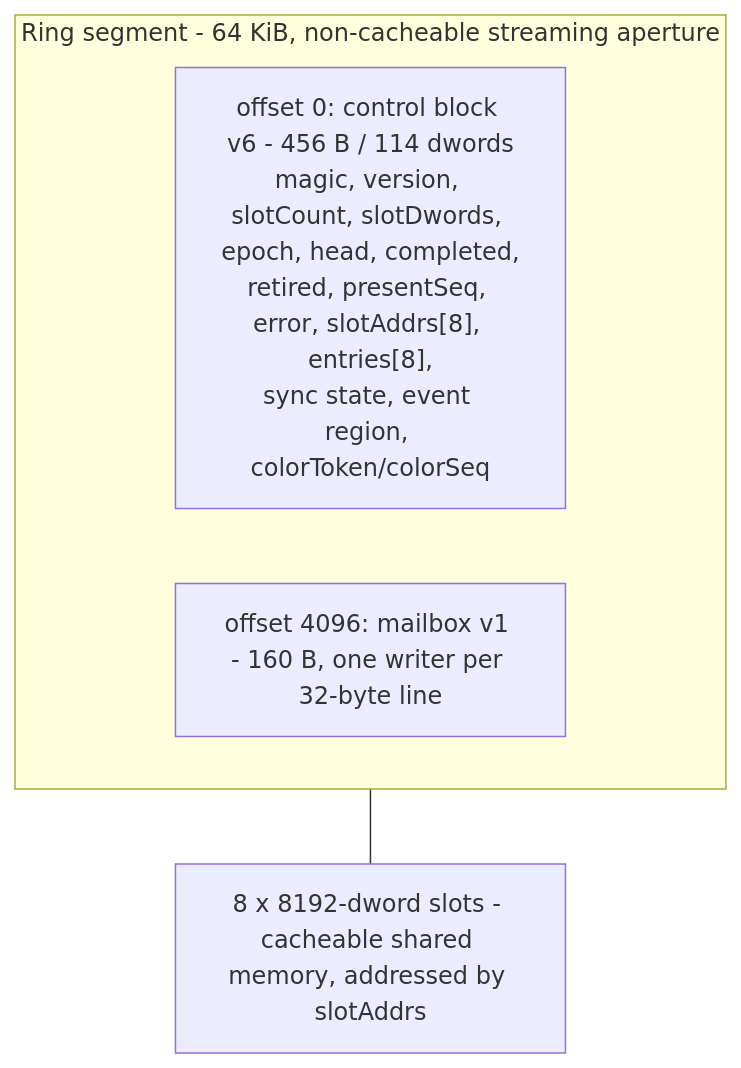
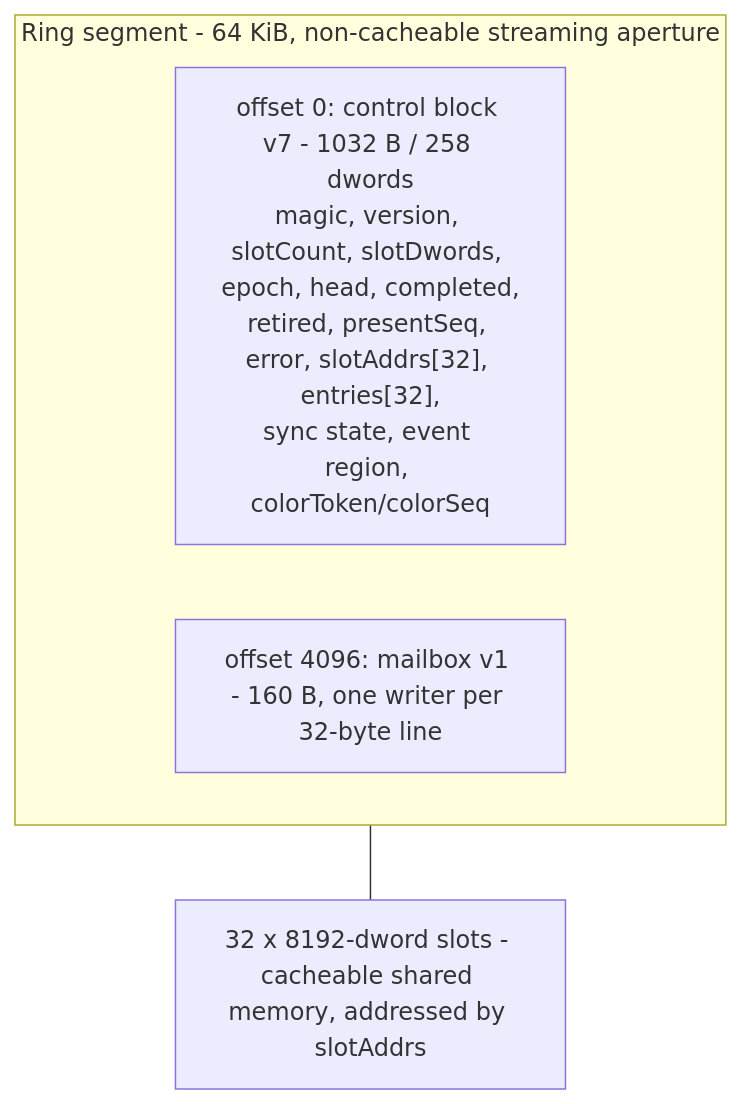
The first of 2 diagrams in docs/transport-protocol.md (mirq/R200_MiniGL_PPC), drawn with Mermaid before and after one commit. The commit also changed other lines of this file and 9 other files, not shown here.

````diff
--- a/docs/transport-protocol.md
+++ b/docs/transport-protocol.md
@@ -139,9 +146,9 @@
 ```mermaid
 flowchart TB
     subgraph SEG["Ring segment - 64 KiB, non-cacheable streaming aperture"]
-        CTRL["offset 0: control block v6 - 456 B / 114 dwords<br/>magic, version, slotCount, slotDwords, epoch, head, completed,<br/>retired, presentSeq, error, slotAddrs[8], entries[8],<br/>sync state, event region, colorToken/colorSeq"]
+        CTRL["offset 0: control block v7 - 1032 B / 258 dwords<br/>magic, version, slotCount, slotDwords, epoch, head, completed,<br/>retired, presentSeq, error, slotAddrs[32], entries[32],<br/>sync state, event region, colorToken/colorSeq"]
         MB["offset 4096: mailbox v1 - 160 B, one writer per 32-byte line"]
     end
-    S["8 x 8192-dword slots - cacheable shared memory, addressed by slotAddrs"]
+    S["32 x 8192-dword slots - cacheable shared memory, addressed by slotAddrs"]
     SEG --- S
 ```
````
